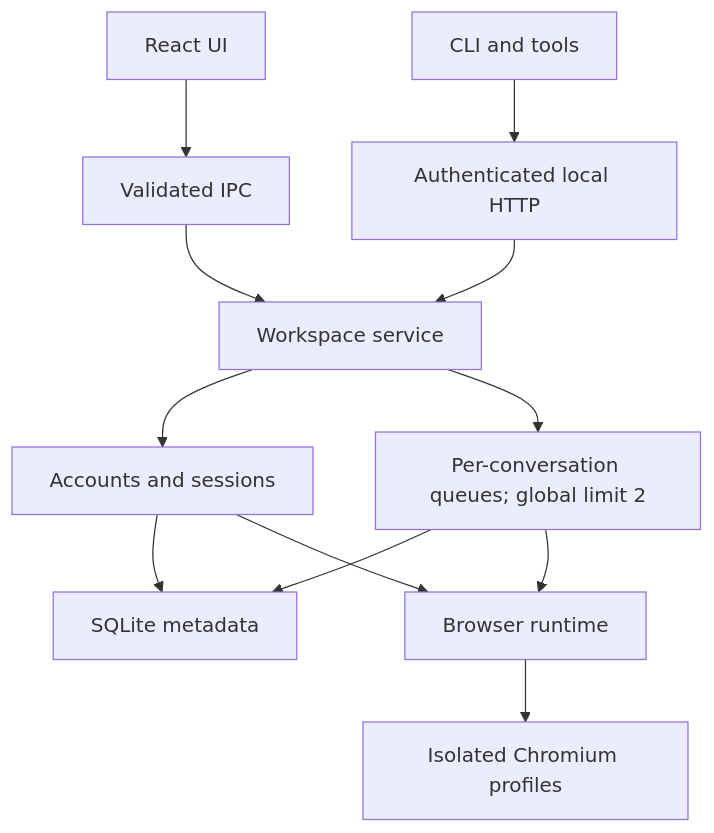
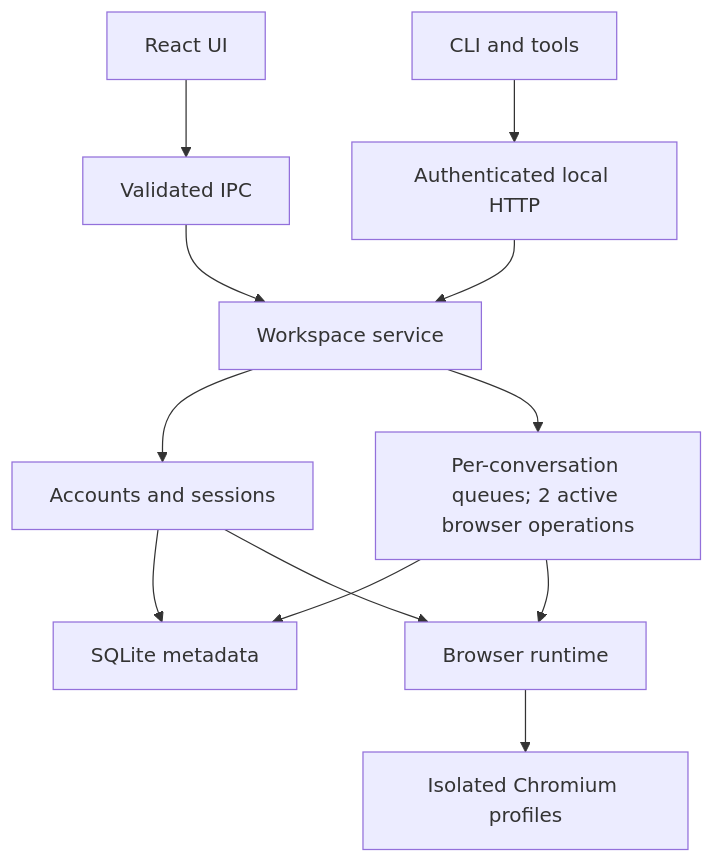
Before and after one commit to chenziyang110/ChatGPT-Web-Client: the diagram in docs/ARCHITECTURE.md, drawn with Mermaid. The commit also changed other lines of this file and 16 other files, not shown here.

````diff
--- a/docs/ARCHITECTURE.md
+++ b/docs/ARCHITECTURE.md
@@ -5,14 +5,14 @@
 ```mermaid
 flowchart TD
   UI[React UI] --> IPC[Validated IPC]
   CLI[CLI and tools] --> HTTP[Authenticated local HTTP]
   IPC --> Core[Workspace service]
   HTTP --> Core
   Core --> Accounts[Accounts and sessions]
-  Core --> Tasks[Per-conversation queues; global limit 2]
+  Core --> Tasks[Per-conversation queues; 2 active browser operations]
   Accounts --> SQL[SQLite metadata]
   Tasks --> SQL
   Tasks --> Browser[Browser runtime]
   Accounts --> Browser
   Browser --> Profiles[Isolated Chromium profiles]
 ```
````
